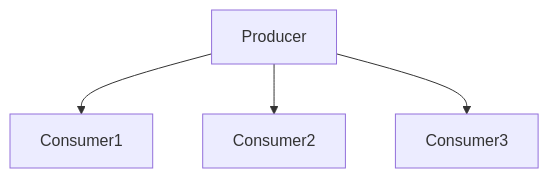
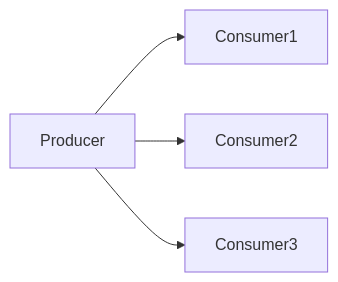
Before and after one commit to dev4any1/user-datagram-transmission: the second of 4 diagrams in README.md, drawn with Mermaid. The commit also changed other lines of this file and 4 other files, not shown here.

````diff
--- a/README.md
+++ b/README.md
@@ -38,6 +39,6 @@
 ```mermaid
-graph TD;
+graph LR;
     Producer-->Consumer1;
     Producer-->Consumer2;
     Producer-->Consumer3;
 ```
````
